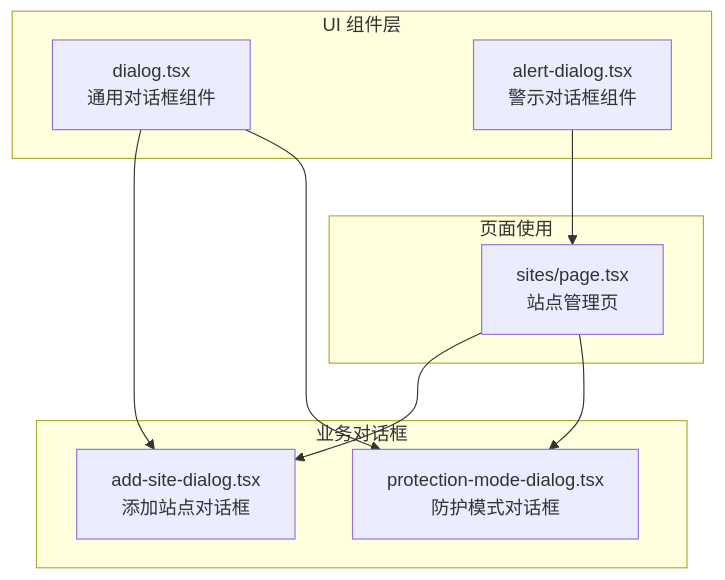
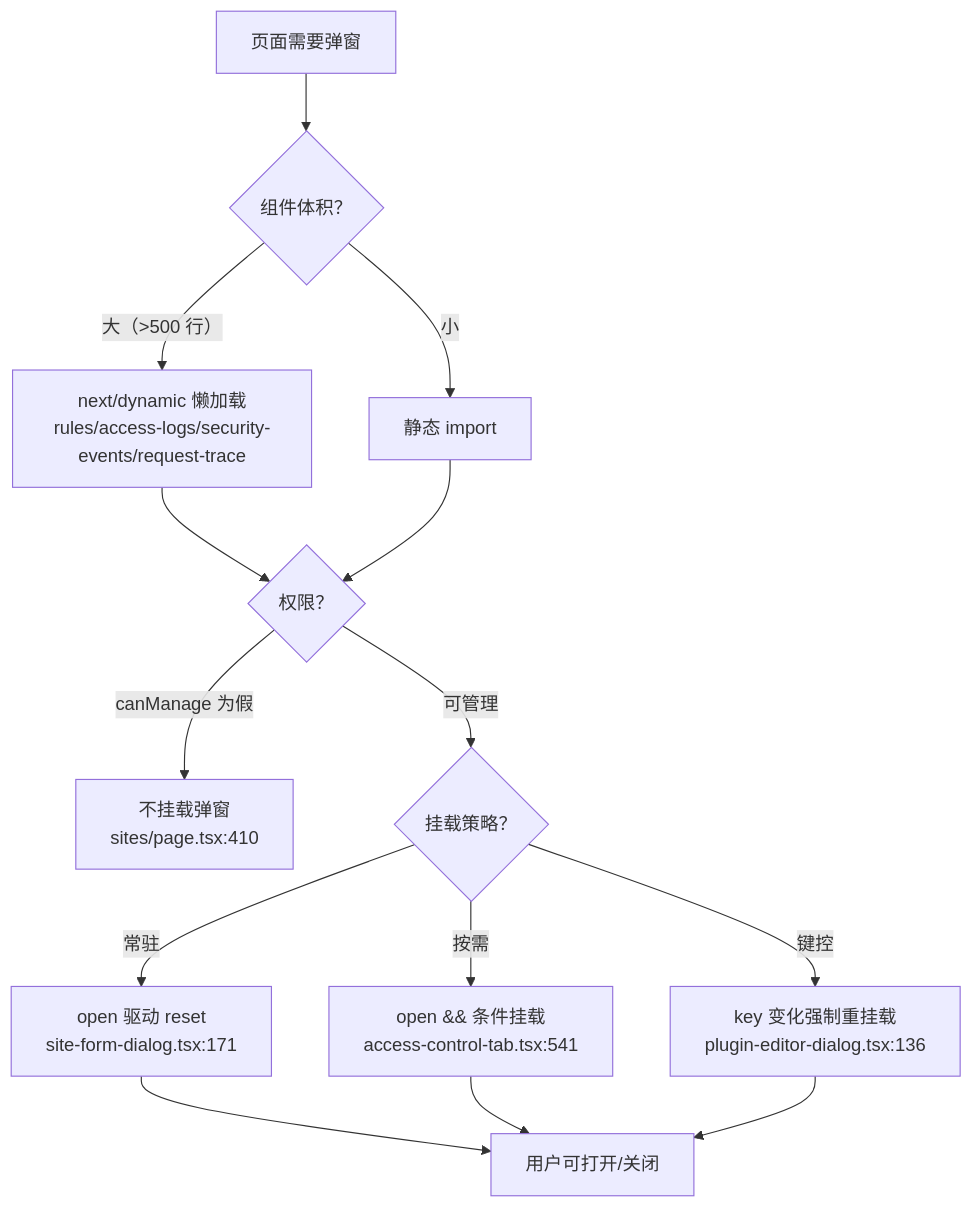
The fifth of 6 diagrams in docs/前端管理界面/组件设计模式/对话框组件.md (x01n/My-OpenWaf), drawn with Mermaid before and after one commit. The commit also changed other lines of this file and 622 other files, not shown here.

````diff
--- a/docs/前端管理界面/组件设计模式/对话框组件.md
+++ b/docs/前端管理界面/组件设计模式/对话框组件.md
@@ -40,19 +453,16 @@
 ```mermaid
-graph TB
-subgraph "UI 组件层"
-D["dialog.tsx<br/>通用对话框组件"]
-AD["alert-dialog.tsx<br/>警示对话框组件"]
-end
-subgraph "业务对话框"
-ASD["add-site-dialog.tsx<br/>添加站点对话框"]
-PMD["protection-mode-dialog.tsx<br/>防护模式对话框"]
-end
-subgraph "页面使用"
-SITES["sites/page.tsx<br/>站点管理页"]
-end
-D --> ASD
-D --> PMD
-AD --> SITES
-SITES --> ASD
-SITES --> PMD
+flowchart TD
+  A["页面需要弹窗"] --> B{"组件体积？"}
+  B --> |大（>500 行）| C["next/dynamic 懒加载<br/>rules/access-logs/security-events/request-trace"]
+  B --> |小| D["静态 import"]
+  C --> E{"权限？"}
+  D --> E
+  E --> |canManage 为假| F["不挂载弹窗<br/>sites/page.tsx:410"]
+  E --> |可管理| G{"挂载策略？"}
+  G --> |常驻| H["open 驱动 reset<br/>site-form-dialog.tsx:171"]
+  G --> |按需| I["open && 条件挂载<br/>access-control-tab.tsx:541"]
+  G --> |键控| J["key 变化强制重挂载<br/>plugin-editor-dialog.tsx:136"]
+  H --> K["用户可打开/关闭"]
+  I --> K
+  J --> K
 ```
````
